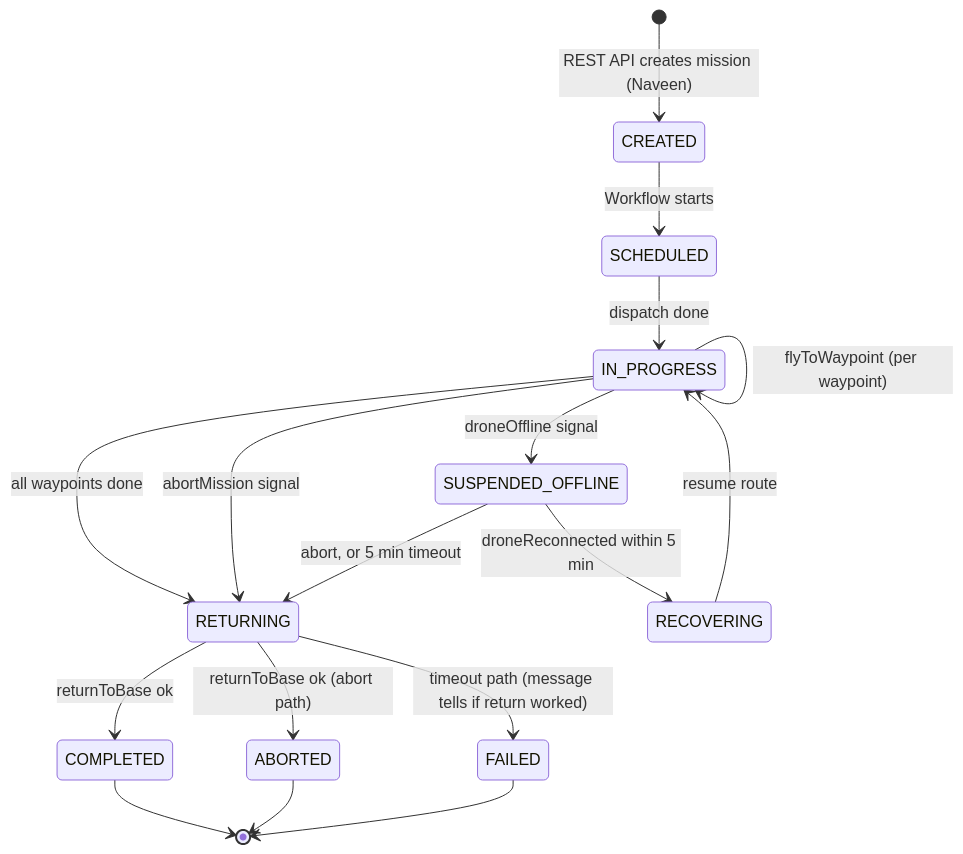
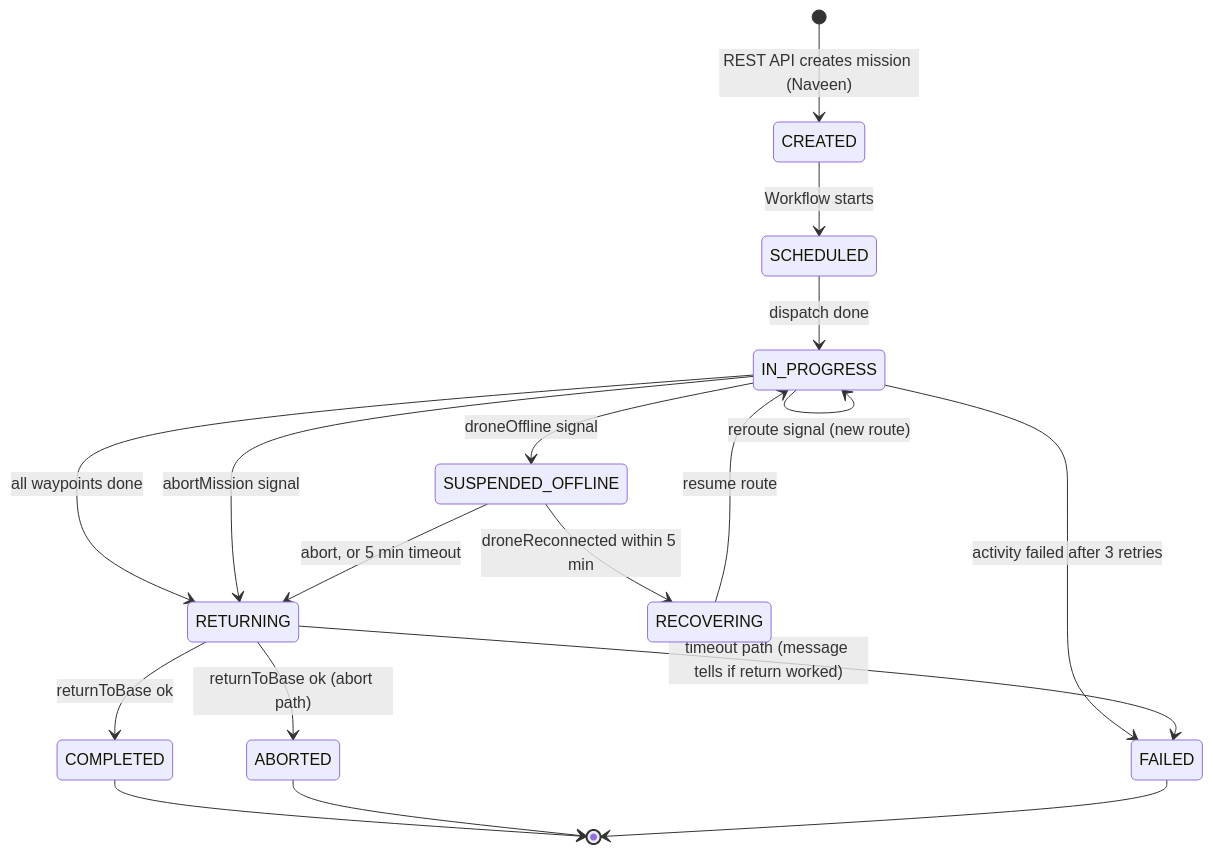
One commit to madhavgorla/AeroSaga changed the diagram in docs/WORKFLOW_STATES.md. Above: the diagram before and after it, drawn with Mermaid. The commit also changed other lines of this file and 3 other files, not shown here.

````diff
--- a/docs/WORKFLOW_STATES.md
+++ b/docs/WORKFLOW_STATES.md
@@ -12,19 +12,21 @@
 ```mermaid
 stateDiagram-v2
     [*] --> CREATED: REST API creates mission (Naveen)
     CREATED --> SCHEDULED: Workflow starts
     SCHEDULED --> IN_PROGRESS: dispatch done
     IN_PROGRESS --> IN_PROGRESS: flyToWaypoint (per waypoint)
+    IN_PROGRESS --> IN_PROGRESS: reroute signal (new route)
+    IN_PROGRESS --> FAILED: activity failed after 3 retries
     IN_PROGRESS --> RETURNING: all waypoints done
     RETURNING --> COMPLETED: returnToBase ok
     IN_PROGRESS --> RETURNING: abortMission signal
     RETURNING --> ABORTED: returnToBase ok (abort path)
     IN_PROGRESS --> SUSPENDED_OFFLINE: droneOffline signal
     SUSPENDED_OFFLINE --> RECOVERING: droneReconnected within 5 min
     RECOVERING --> IN_PROGRESS: resume route
     SUSPENDED_OFFLINE --> RETURNING: abort, or 5 min timeout
     RETURNING --> FAILED: timeout path (message tells if return worked)
     COMPLETED --> [*]
     ABORTED --> [*]
     FAILED --> [*]
 ```
````
